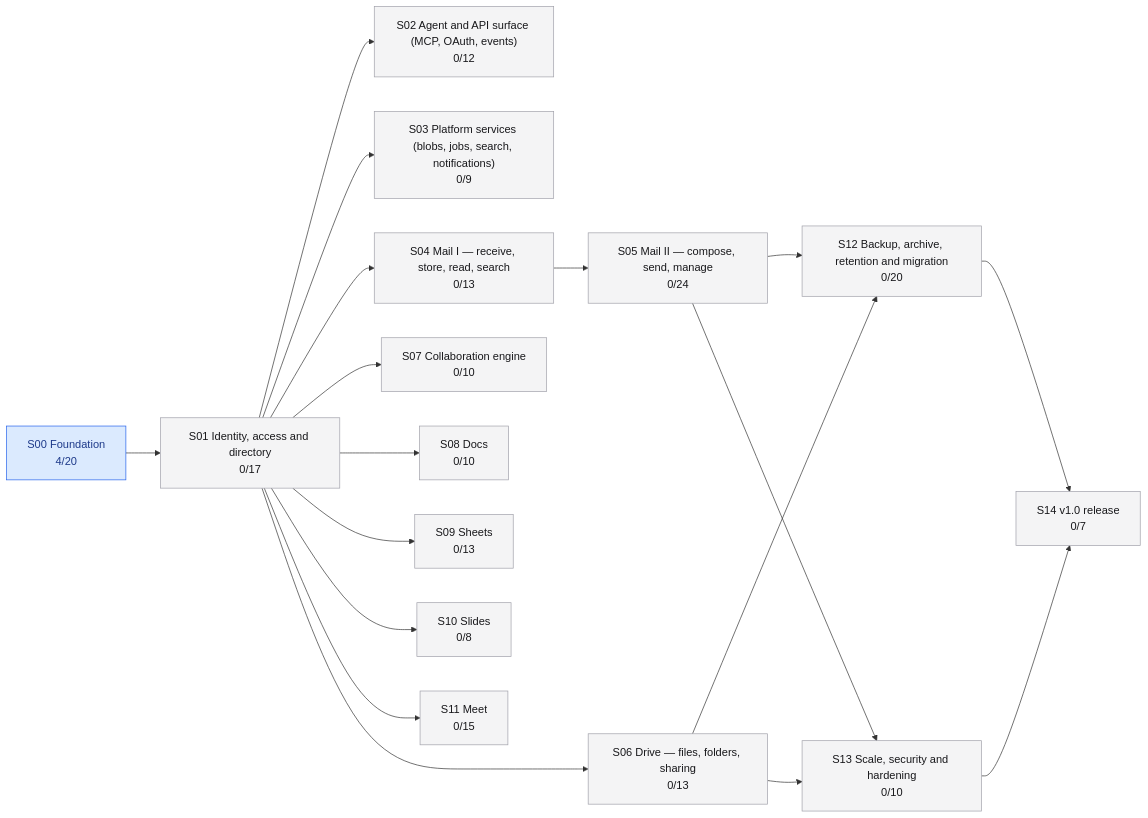
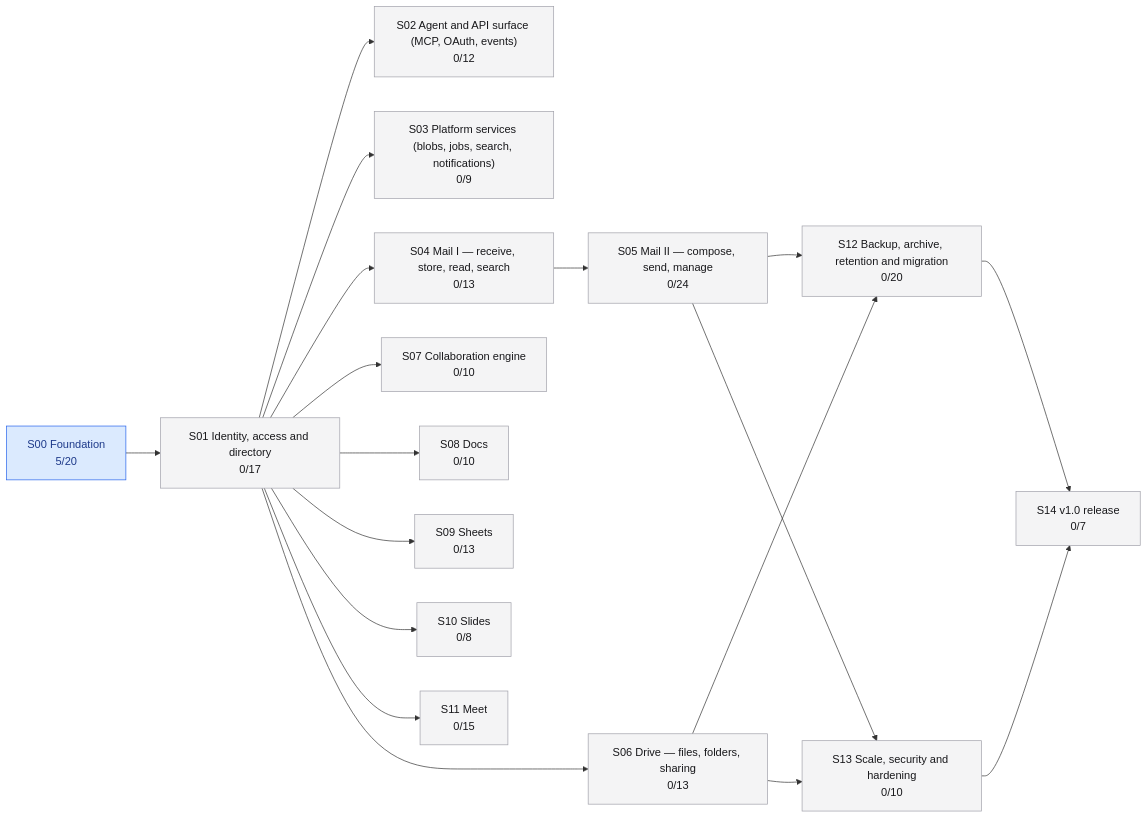
One commit to jaredwray/soldock changed the diagram in plan/STATUS.md. Above: the diagram before and after it, drawn with Mermaid. The commit also changed other lines of this file and 4 other files, not shown here.

````diff
--- a/plan/STATUS.md
+++ b/plan/STATUS.md
@@ -56,38 +57,38 @@
 ```mermaid
 graph LR
-  S00["S00 Foundation<br/>4/20"]:::active
+  S00["S00 Foundation<br/>5/20"]:::active
   S01["S01 Identity, access and directory<br/>0/17"]:::planned
   S02["S02 Agent and API surface (MCP, OAuth, events)<br/>0/12"]:::planned
   S03["S03 Platform services (blobs, jobs, search, notifications)<br/>0/9"]:::planned
   S04["S04 Mail I — receive, store, read, search<br/>0/13"]:::planned
   S05["S05 Mail II — compose, send, manage<br/>0/24"]:::planned
   S06["S06 Drive — files, folders, sharing<br/>0/13"]:::planned
   S07["S07 Collaboration engine<br/>0/10"]:::planned
   S08["S08 Docs<br/>0/10"]:::planned
   S09["S09 Sheets<br/>0/13"]:::planned
   S10["S10 Slides<br/>0/8"]:::planned
   S11["S11 Meet<br/>0/15"]:::planned
   S12["S12 Backup, archive, retention and migration<br/>0/20"]:::planned
   S13["S13 Scale, security and hardening<br/>0/10"]:::planned
   S14["S14 v1.0 release<br/>0/7"]:::planned
   S00 --> S01
   S01 --> S02
   S01 --> S03
   S01 --> S04
   S04 --> S05
   S01 --> S06
   S01 --> S07
   S01 --> S08
   S01 --> S09
   S01 --> S10
   S01 --> S11
   S05 --> S12
   S06 --> S12
   S05 --> S13
   S06 --> S13
   S12 --> S14
   S13 --> S14
   classDef planned fill:#f4f4f5,stroke:#a1a1aa,color:#18181b
   classDef active fill:#dbeafe,stroke:#2563eb,color:#1e3a8a
   classDef done fill:#dcfce7,stroke:#16a34a,color:#14532d
 ```
````
